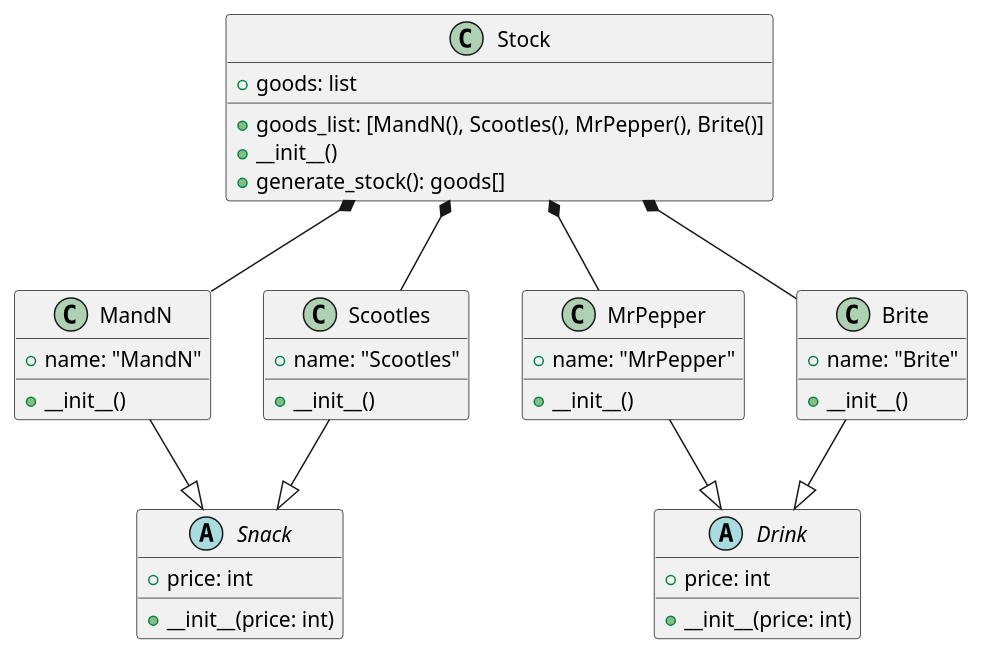
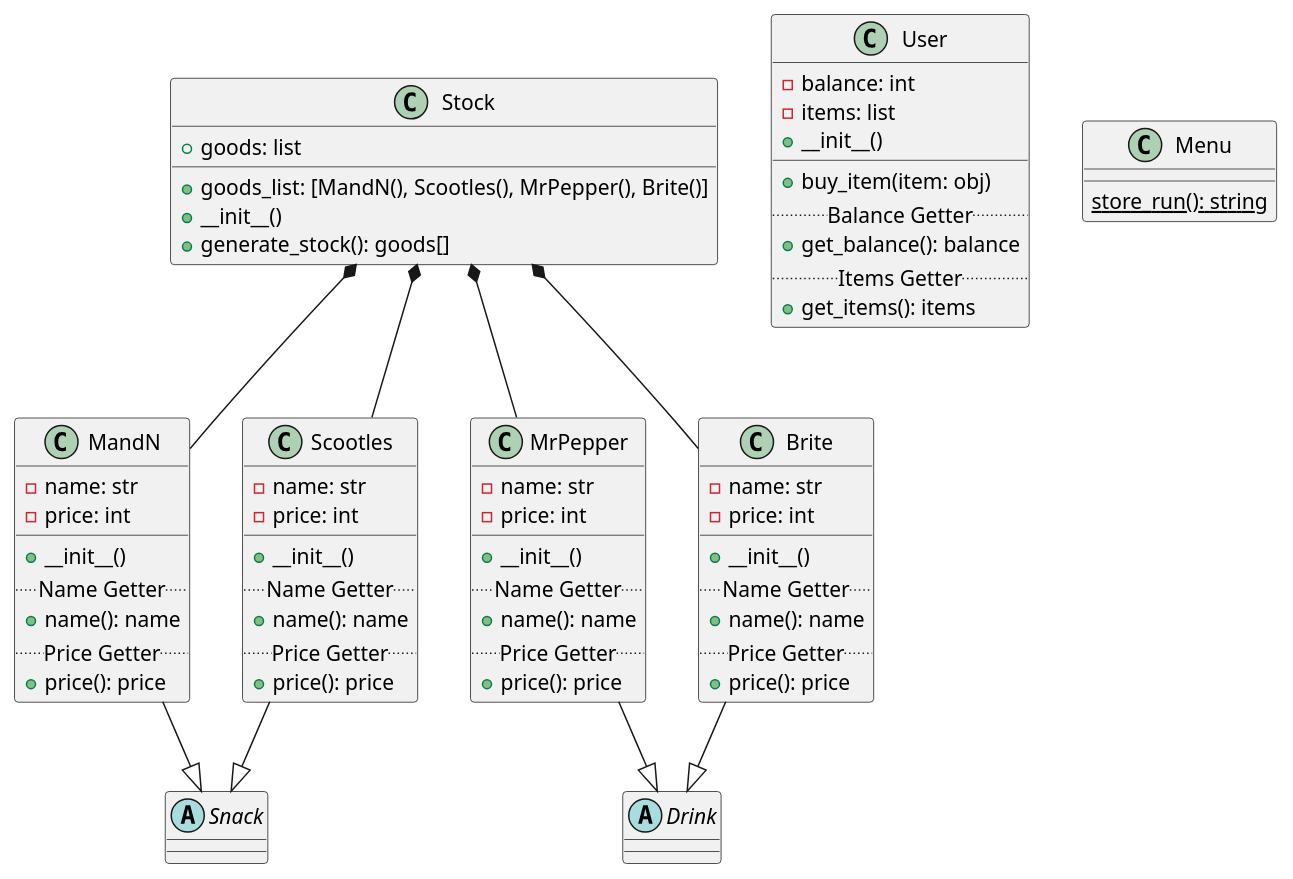
The diagram in storeplant.puml (michaelify34/snackstore), drawn with PlantUML before and after one commit.

Commit message:
update UML

```diff
--- a/storeplant.puml
+++ b/storeplant.puml
@@ -1,50 +1,86 @@
 @startuml
 abstract class Snack {
-  +price: int
-  +__init__(price: int)
 }
 
 abstract class Drink {
-  +price: int
-  +__init__(price: int)
 }
 
 class MandN {
-  +name: "MandN"
+  -name: str
+  -price: int
+  __
   +__init__()
+  .. Name Getter ..
+  +name(): name
+  .. Price Getter ..
+  +price(): price
 }
 
 class Scootles {
-  +name: "Scootles"
+  -name: str
+  -price: int
+  __
   +__init__()
+  .. Name Getter ..
+  +name(): name
+  .. Price Getter ..
+  +price(): price
 }
 
 class MrPepper {
-  +name: "MrPepper"
+  -name: str
+  -price: int
+  __
   +__init__()
+  .. Name Getter ..
+  +name(): name
+  .. Price Getter ..
+  +price(): price
 }
 
 class Brite {
-  +name: "Brite"
+  -name: str
+  -price: int
+  __
   +__init__()
+  .. Name Getter ..
+  +name(): name
+  .. Price Getter ..
+  +price(): price
 }
 
 class Stock {
   +goods: list
   +goods_list: [MandN(), Scootles(), MrPepper(), Brite()]
   +__init__()
   +generate_stock(): goods[]
+}
+
+class User {
+  -balance: int
+  -items: list
+  +__init__()
+  __
+  +buy_item(item: obj)
+  .. Balance Getter ..
+  +get_balance(): balance
+  .. Items Getter ..
+  +get_items(): items
+}
+
+class Menu {
+  {static} store_run(): string
 }
 
 MandN --|> Snack
 Scootles --|> Snack
 MrPepper --|> Drink
 Brite --|> Drink
 
 Stock *-- MandN
 Stock *-- Scootles
 Stock *-- MrPepper
 Stock *-- Brite
 
 
 @enduml
```
